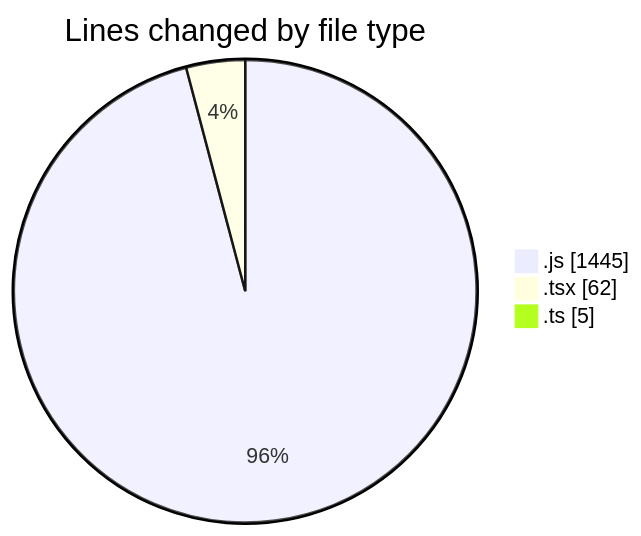
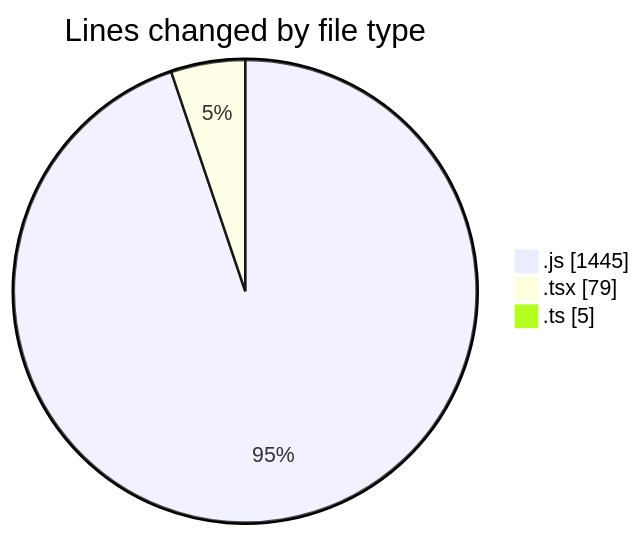
One commit to momahboobian/code-tracking changed the first of 2 diagrams in 2025-03-13/cda/README.md. Above: the diagram before and after it, drawn with Mermaid. The commit also changed other lines of this file and 1 other file, not shown here.

````diff
--- a/2025-03-13/cda/README.md
+++ b/2025-03-13/cda/README.md
@@ -25,7 +25,7 @@
 ```mermaid
 pie showData
 title Lines changed by file type
 ".js" : 1445
-".tsx" : 62
+".tsx" : 79
 ".ts" : 5
 ```
````
